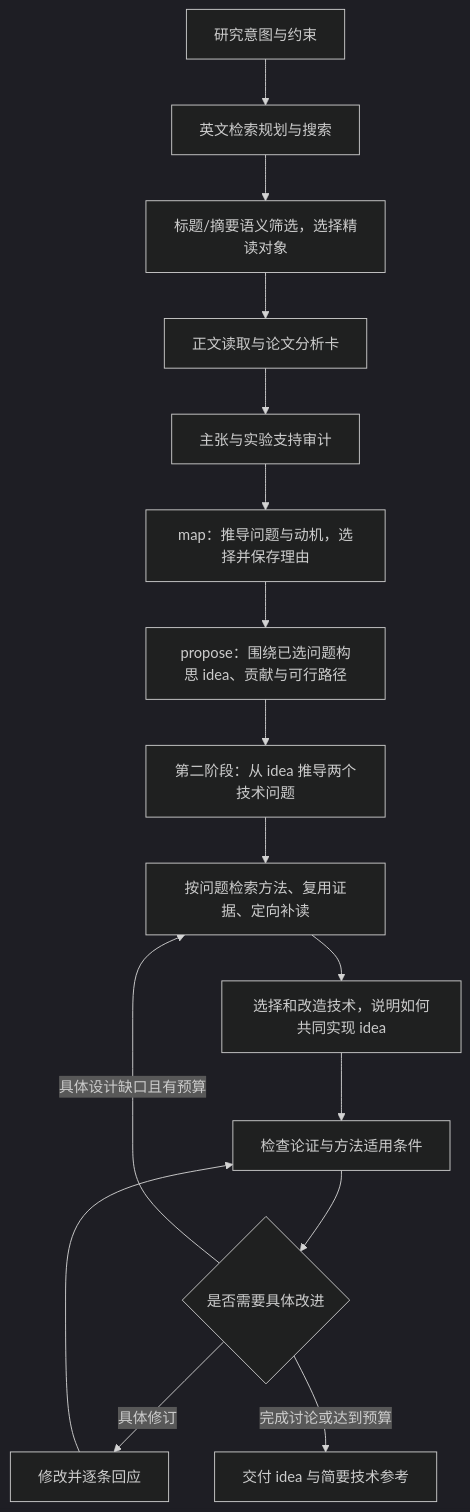
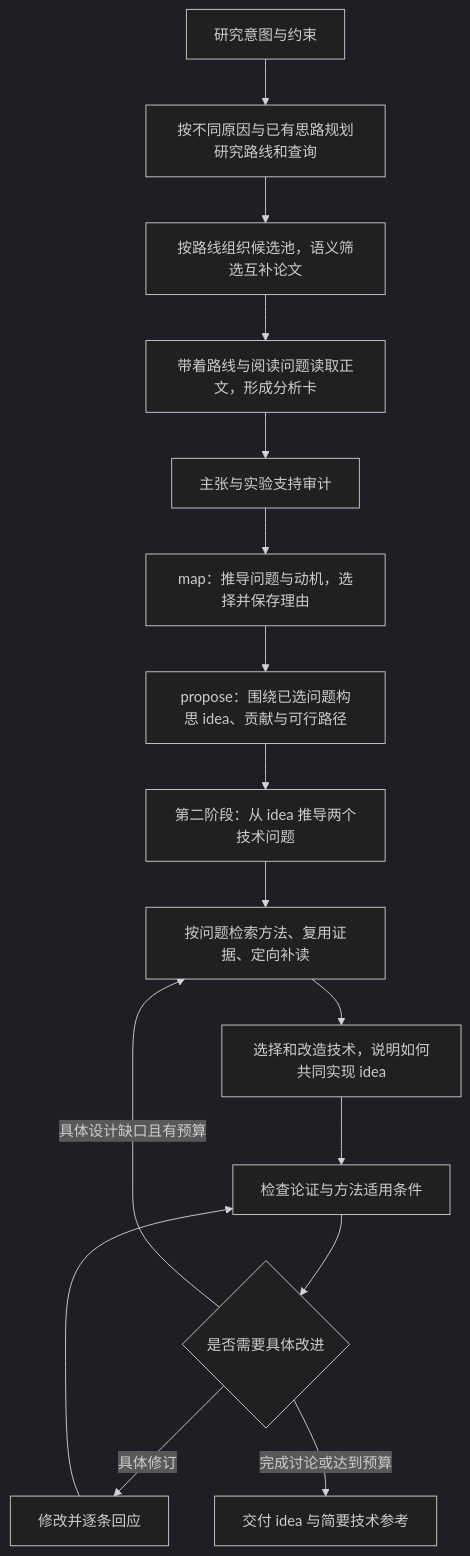
One commit to ghh1125/Research-idea changed the diagram in docs/architecture.md. Above: the diagram before and after it, drawn with Mermaid (dark theme). The commit also changed other lines of this file and 36 other files, not shown here.

````diff
--- a/docs/architecture.md
+++ b/docs/architecture.md
@@ -20,18 +20,18 @@
 ```mermaid
 flowchart TD
-    A["研究意图与约束"] --> S["英文检索规划与搜索"]
-    S --> T["标题/摘要语义筛选，选择精读对象"]
-    T --> B["正文读取与论文分析卡"]
+    A["研究意图与约束"] --> S["按不同原因与已有思路规划研究路线和查询"]
+    S --> T["按路线组织候选池，语义筛选互补论文"]
+    T --> B["带着路线与阅读问题读取正文，形成分析卡"]
     B --> Q["主张与实验支持审计"]
     Q --> C["map：推导问题与动机，选择并保存理由"]
     C --> D["propose：围绕已选问题构思 idea、贡献与可行路径"]
     D --> A2["第二阶段：从 idea 推导两个技术问题"]
     A2 --> R["按问题检索方法、复用证据、定向补读"]
     R --> M["选择和改造技术，说明如何共同实现 idea"]
     M --> E["检查论证与方法适用条件"]
     E --> F{"是否需要具体改进"}
     F -->|具体设计缺口且有预算| R
     F -->|具体修订| I["修改并逐条回应"]
     I --> E
     F -->|完成讨论或达到预算| H["交付 idea 与简要技术参考"]
 ```
````
